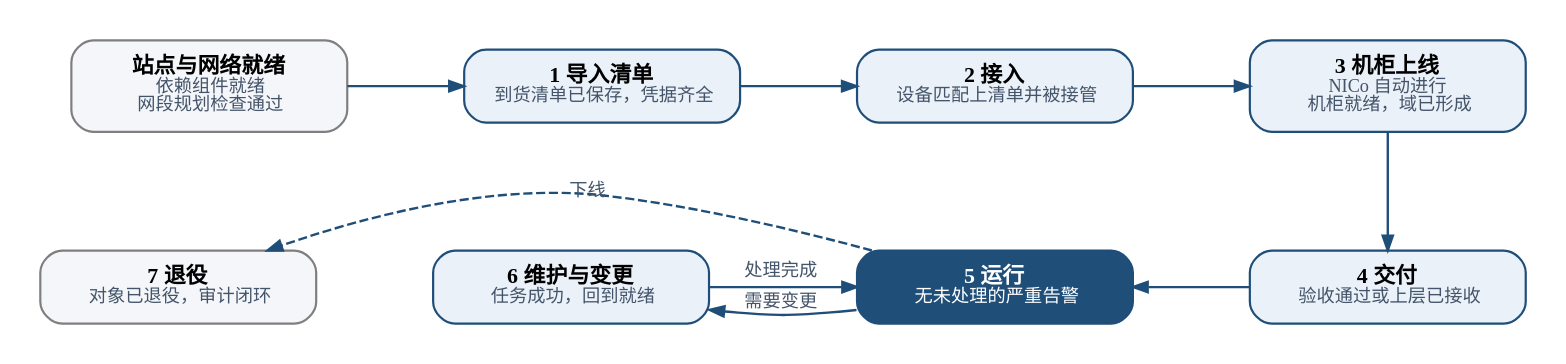
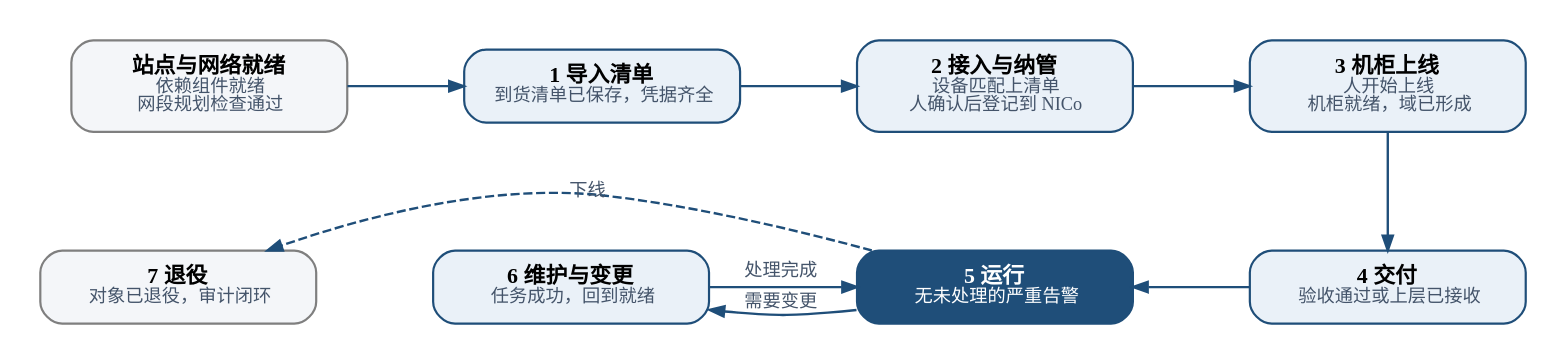
One commit to DaoCloud/PXEye changed the diagram in docs/design/figures/workflow.dot. Above: the diagram before and after it, drawn with Graphviz. The commit also changed 18 other files, not shown here.

```diff
--- a/docs/design/figures/workflow.dot
+++ b/docs/design/figures/workflow.dot
@@ -1,18 +1,18 @@
 digraph G {
   graph [rankdir=TB, fontname="PingFang SC", nodesep=0.45, ranksep=0.75, bgcolor="white", pad=0.2];
   node  [shape=box, style="rounded,filled", fontname="PingFang SC", fontsize=12, color="#1F4E79", fillcolor="#EAF1F8", penwidth=1.2, margin="0.16,0.12", width=2.1];
   edge  [fontname="PingFang SC", fontsize=10, color="#1F4E79", fontcolor="#44546A", arrowsize=0.8, penwidth=1.3];
   s0 [fillcolor="#F4F6F9", color="#7F7F7F", label=<<b>站点与网络就绪</b><br/><font point-size="10" color="#44546A">依赖组件就绪<br/>网段规划检查通过</font>>];
   s1 [label=<<b>1 导入清单</b><br/><font point-size="10" color="#44546A">到货清单已保存，凭据齐全</font>>];
-  s2 [label=<<b>2 接入</b><br/><font point-size="10" color="#44546A">设备匹配上清单并被接管</font>>];
-  s3 [label=<<b>3 机柜上线</b><br/><font point-size="10" color="#44546A">NICo 自动进行<br/>机柜就绪，域已形成</font>>];
+  s2 [label=<<b>2 接入与纳管</b><br/><font point-size="10" color="#44546A">设备匹配上清单<br/>人确认后登记到 NICo</font>>];
+  s3 [label=<<b>3 机柜上线</b><br/><font point-size="10" color="#44546A">人开始上线<br/>机柜就绪，域已形成</font>>];
   s4 [label=<<b>4 交付</b><br/><font point-size="10" color="#44546A">验收通过或上层已接收</font>>];
   s5 [fillcolor="#1F4E79", fontcolor="white", label=<<b>5 运行</b><br/><font point-size="10">无未处理的严重告警</font>>];
   s6 [label=<<b>6 维护与变更</b><br/><font point-size="10" color="#44546A">任务成功，回到就绪</font>>];
   s7 [fillcolor="#F4F6F9", color="#7F7F7F", label=<<b>7 退役</b><br/><font point-size="10" color="#44546A">对象已退役，审计闭环</font>>];
   {rank=same; s0 -> s1 -> s2 -> s3}
   s3 -> s4;
   {rank=same; s7 -> s6 [style=invis]; s6 -> s5 [label="  处理完成  "]; s5 -> s4 [dir=back]}
   s5 -> s6 [label="  需要变更  ", constraint=false];
   s5 -> s7 [constraint=false, style=dashed, label="下线"];
 }
```
